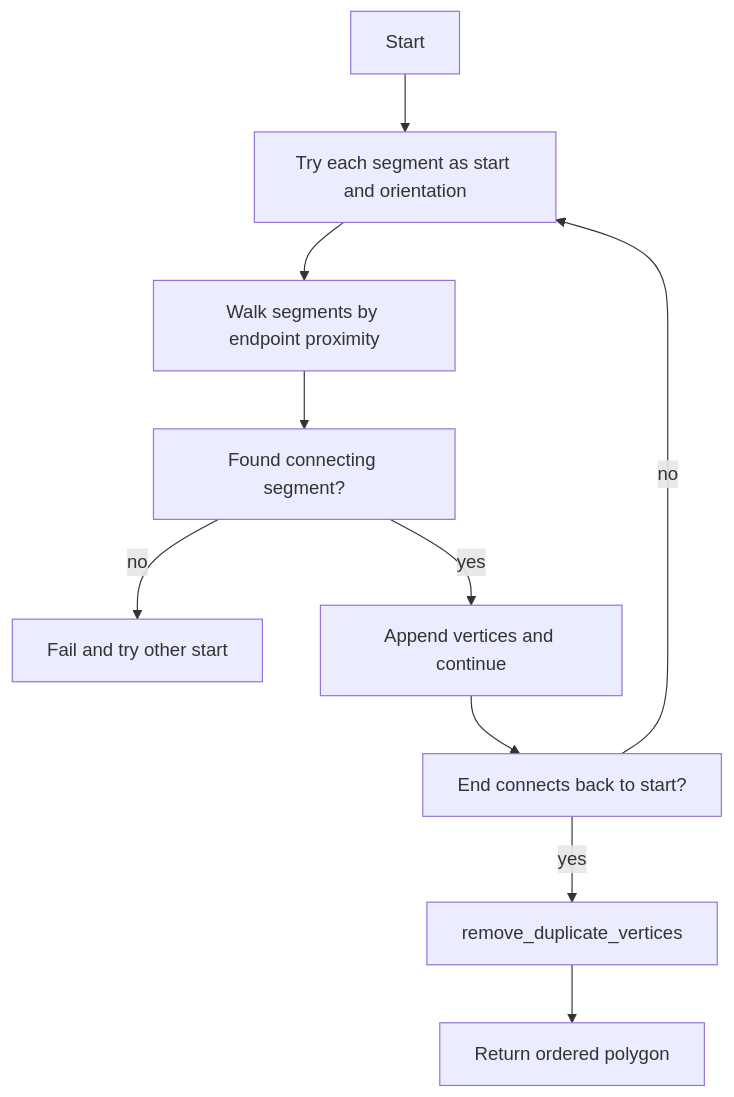
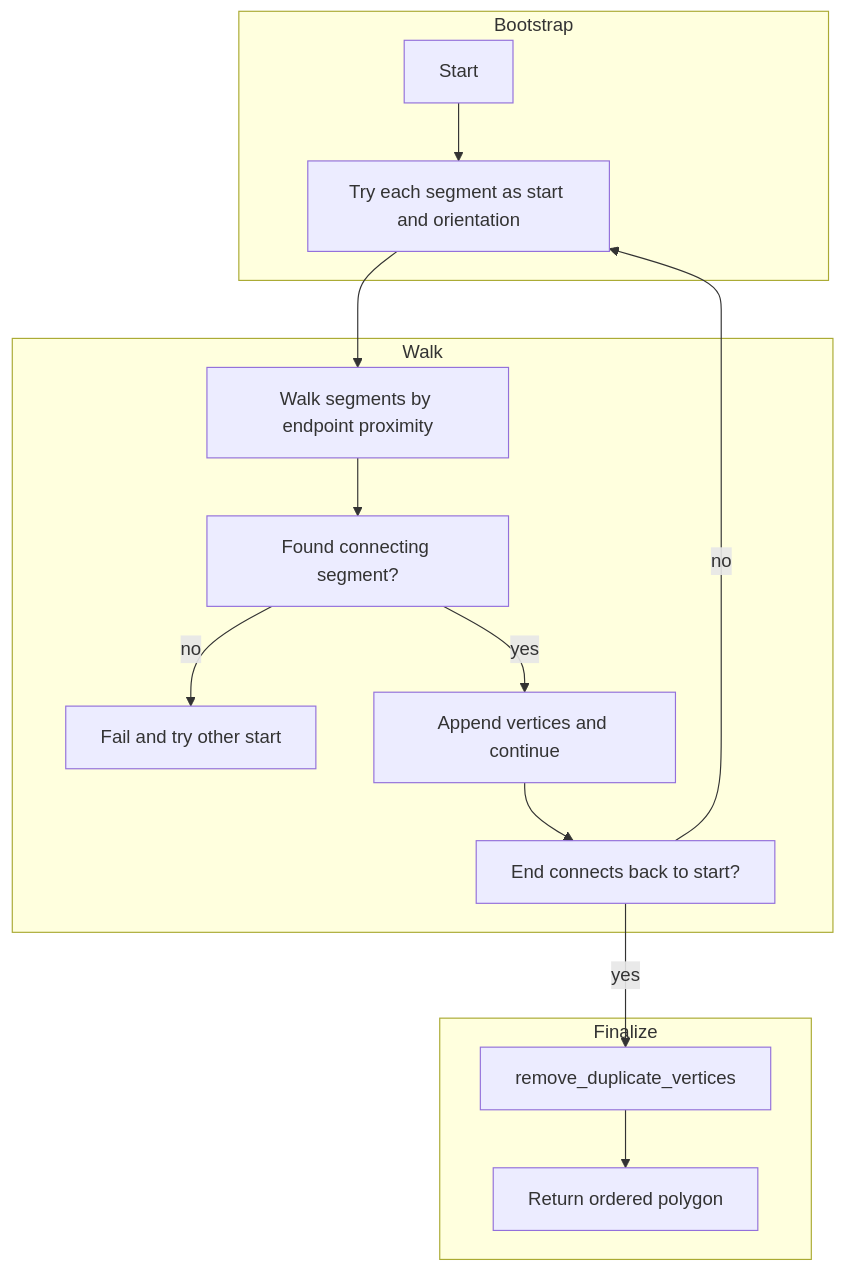
One commit to Gh0st352/AETHR changed the fourth of 7 diagrams in docs/poly/README.md. Above: the diagram before and after it, drawn with Mermaid. The commit also changed other lines of this file and 9 other files, not shown here.

First line of the commit message:
docs(poly): improve README headings and mermaid diagrams

````diff
--- a/docs/poly/README.md
+++ b/docs/poly/README.md
@@ -99,12 +117,23 @@
 ```mermaid
+%% shared theme: docs/_mermaid/theme.json %%
 flowchart TD
-  ST[Start] --> TRY[Try each segment as start and orientation]
-  TRY --> WALK[Walk segments by endpoint proximity]
-  WALK --> FOUND[Found connecting segment?]
-  FOUND -->|no| FAIL[Fail and try other start]
-  FOUND -->|yes| APP[Append vertices and continue]
-  APP --> CLOSED[End connects back to start?]
+  subgraph "Bootstrap"
+    ST[Start] --> TRY[Try each segment as start and orientation]
+  end
+  subgraph "Walk"
+    TRY --> WALK[Walk segments by endpoint proximity]
+    WALK --> FOUND[Found connecting segment?]
+    FOUND -->|no| FAIL[Fail and try other start]
+    FOUND -->|yes| APP[Append vertices and continue]
+    APP --> CLOSED[End connects back to start?]
+  end
   CLOSED -->|yes| DEDUP[remove_duplicate_vertices]
   CLOSED -->|no| TRY
-  DEDUP --> RET[Return ordered polygon]
+  subgraph "Finalize"
+    DEDUP --> RET[Return ordered polygon]
+  end
+
+  class ST,TRY,WALK,APP,DEDUP,RET class_step;
+  class FOUND,CLOSED class_decision;
+  class RET class_result;
 ```
````
